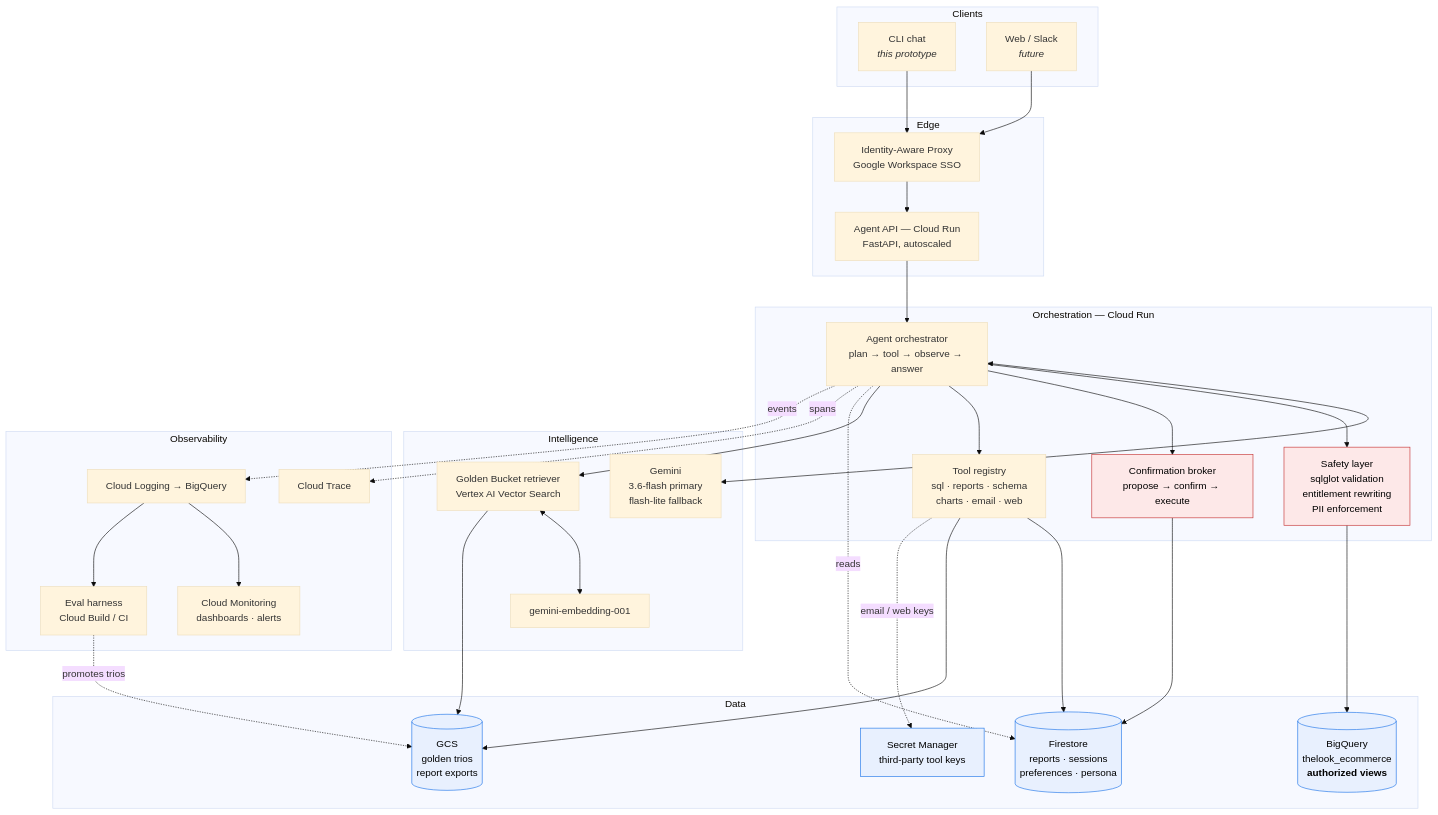
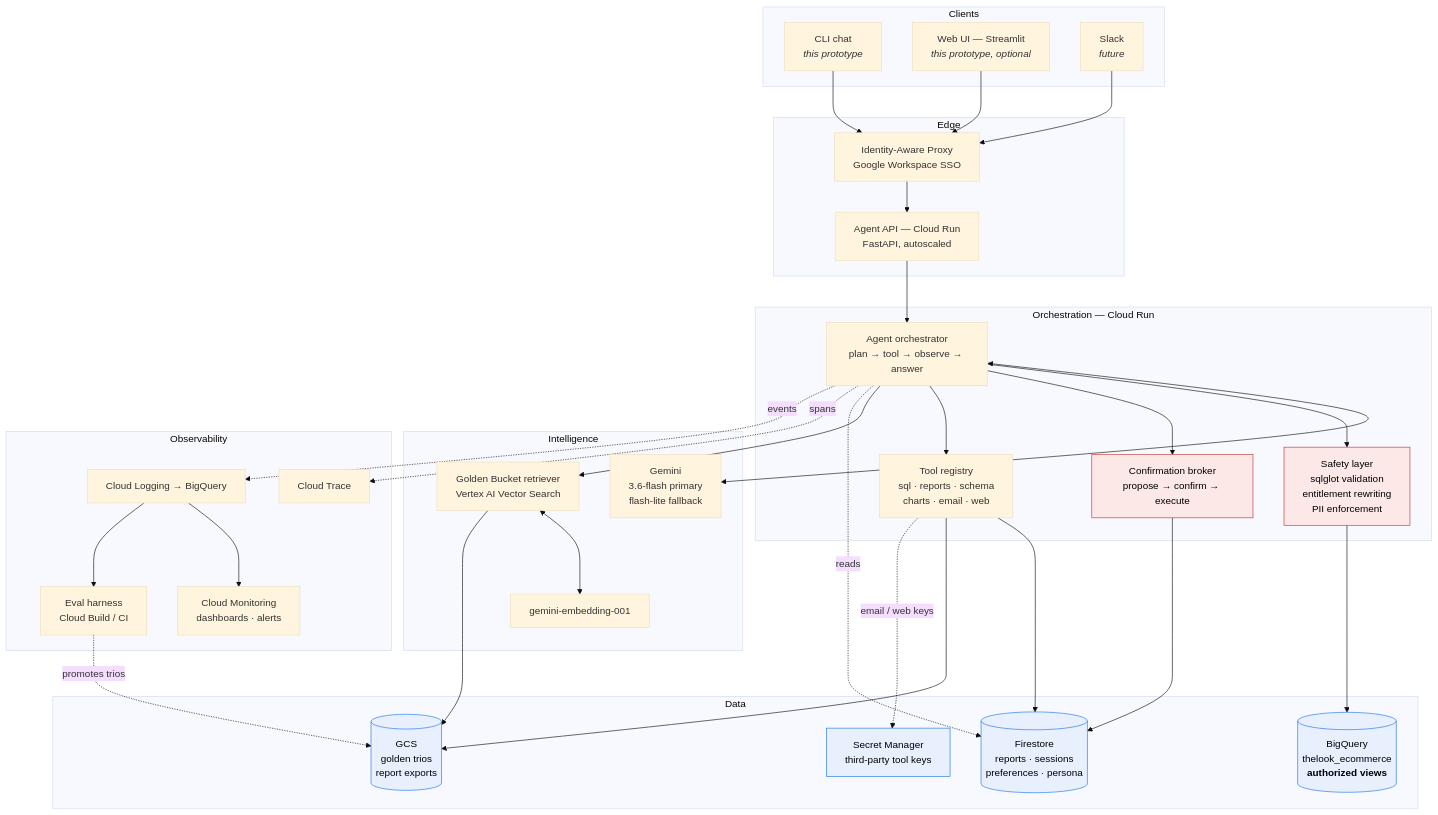
One commit to VahanYeghoyan/AI-Technical-Assignment---Retail-Company changed the diagram in docs/architecture.md. Above: the diagram before and after it, drawn with Mermaid (base theme). The commit also changed other lines of this file and 19 other files, not shown here.

````diff
--- a/docs/architecture.md
+++ b/docs/architecture.md
@@ -15,69 +15,71 @@
 ```mermaid
 flowchart TB
     subgraph clients["Clients"]
         CLI["CLI chat<br/><i>this prototype</i>"]
-        WEB["Web / Slack<br/><i>future</i>"]
+        WEB["Web UI — Streamlit<br/><i>this prototype, optional</i>"]
+        SLACK["Slack<br/><i>future</i>"]
     end
 
     subgraph edge["Edge"]
         IAP["Identity-Aware Proxy<br/>Google Workspace SSO"]
         API["Agent API — Cloud Run<br/>FastAPI, autoscaled"]
     end
 
     subgraph orchestration["Orchestration — Cloud Run"]
         ORCH["Agent orchestrator<br/>plan → tool → observe → answer"]
         GUARD["Safety layer<br/>sqlglot validation<br/>entitlement rewriting<br/>PII enforcement"]
         CONF["Confirmation broker<br/>propose → confirm → execute"]
         TOOLS["Tool registry<br/>sql · reports · schema<br/>charts · email · web"]
     end
 
     subgraph intelligence["Intelligence"]
         GEM["Gemini<br/>3.6-flash primary<br/>flash-lite fallback"]
         EMB["gemini-embedding-001"]
         RET["Golden Bucket retriever<br/>Vertex AI Vector Search"]
     end
 
     subgraph data["Data"]
         BQ[("BigQuery<br/>thelook_ecommerce<br/><b>authorized views</b>")]
         GCS[("GCS<br/>golden trios<br/>report exports")]
         FS[("Firestore<br/>reports · sessions<br/>preferences · persona")]
         SEC["Secret Manager<br/>third-party tool keys"]
     end
 
     subgraph ops["Observability"]
         TRACE["Cloud Trace"]
         LOG["Cloud Logging → BigQuery"]
         MON["Cloud Monitoring<br/>dashboards · alerts"]
         EVAL["Eval harness<br/>Cloud Build / CI"]
     end
 
     CLI --> IAP
     WEB --> IAP
+    SLACK --> IAP
     IAP --> API --> ORCH
 
     ORCH <--> GEM
     ORCH --> GUARD
     ORCH --> CONF
     ORCH --> TOOLS
     ORCH --> RET
 
     RET <--> EMB
     RET --> GCS
     GUARD --> BQ
     CONF --> FS
     TOOLS --> FS
     TOOLS --> GCS
     ORCH -.reads.-> FS
     TOOLS -.email / web keys.-> SEC
 
     ORCH -.spans.-> TRACE
     ORCH -.events.-> LOG
     LOG --> MON
     LOG --> EVAL
     EVAL -.promotes trios.-> GCS
 
     classDef safety fill:#fde8e8,stroke:#c53030,color:#000
     classDef store fill:#e8f0fe,stroke:#1a73e8,color:#000
     class GUARD,CONF safety
     class BQ,GCS,FS,SEC store
 ```
````
